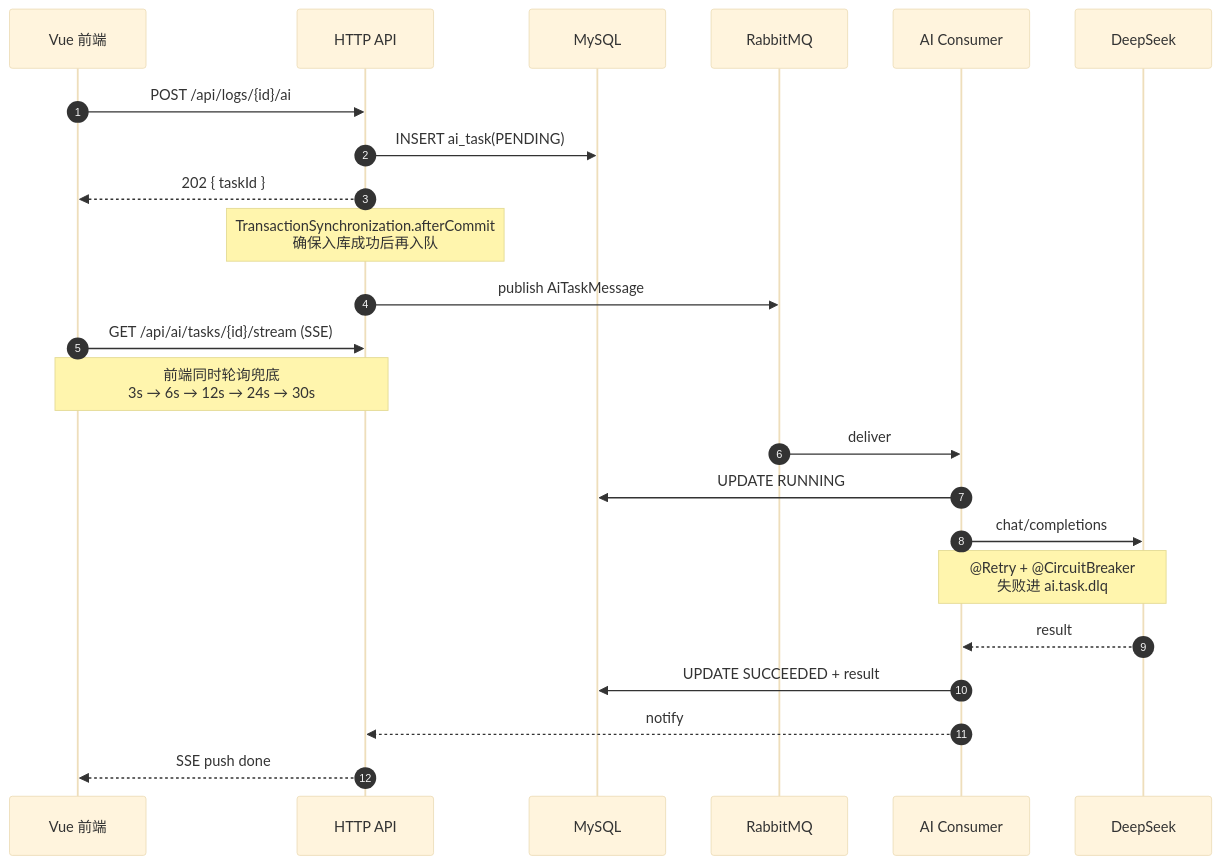
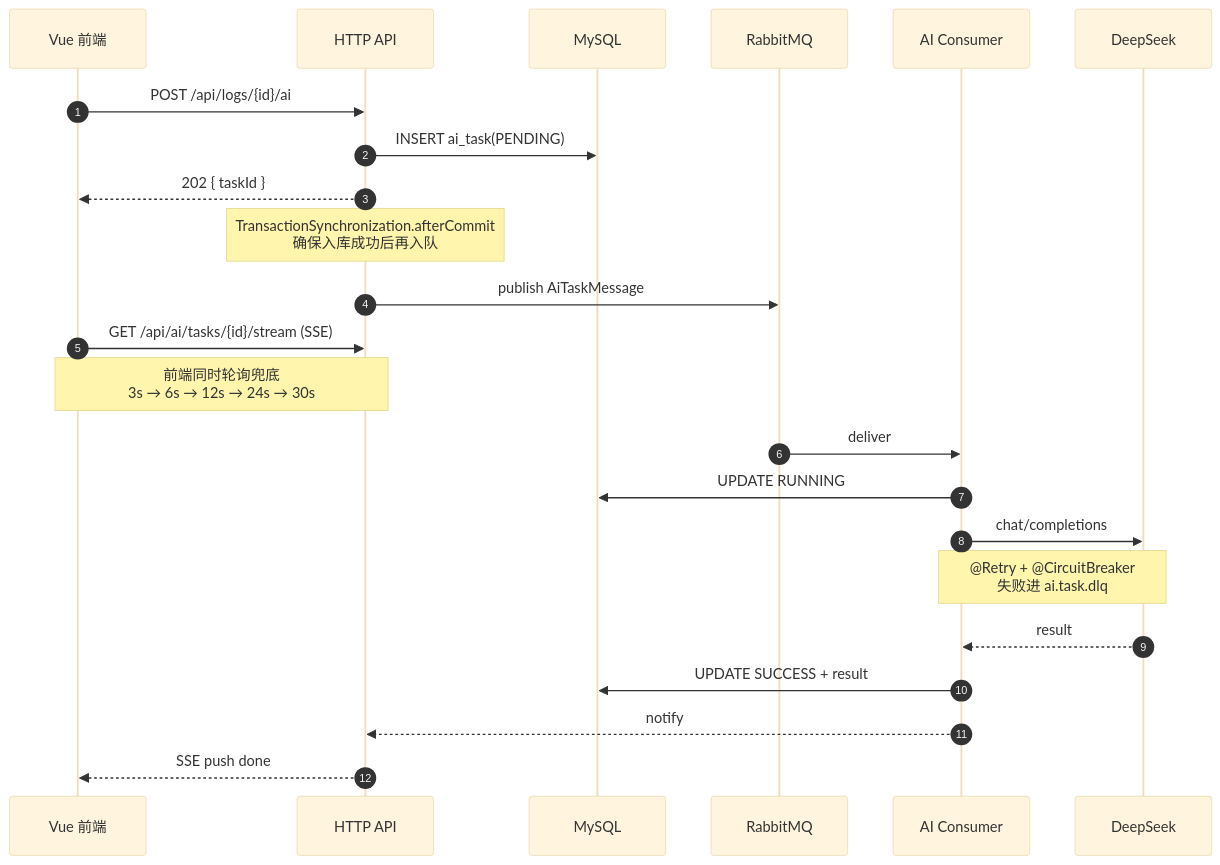
One commit to chada010/meaning-log changed the second of 2 diagrams in README.md. Above: the diagram before and after it, drawn with Mermaid (base theme). The commit also changed other lines of this file, not shown here.

````diff
--- a/README.md
+++ b/README.md
@@ -184,28 +180,28 @@
 ```mermaid
 sequenceDiagram
     autonumber
     participant U as Vue 前端
     participant API as HTTP API
     participant DB as MySQL
     participant MQ as RabbitMQ
     participant W as AI Consumer
     participant AI as DeepSeek
 
     U ->> API: POST /api/logs/{id}/ai
     API ->> DB: INSERT ai_task(PENDING)
     API -->> U: 202 { taskId }
     Note over API: TransactionSynchronization.afterCommit<br/>确保入库成功后再入队
     API ->> MQ: publish AiTaskMessage
 
     U ->> API: GET /api/ai/tasks/{id}/stream (SSE)
     Note over U,API: 前端同时轮询兜底<br/>3s → 6s → 12s → 24s → 30s
 
     MQ ->> W: deliver
     W ->> DB: UPDATE RUNNING
     W ->> AI: chat/completions
     Note over W,AI: @Retry + @CircuitBreaker<br/>失败进 ai.task.dlq
     AI -->> W: result
-    W ->> DB: UPDATE SUCCEEDED + result
+    W ->> DB: UPDATE SUCCESS + result
     W -->> API: notify
     API -->> U: SSE push done
 ```
````
